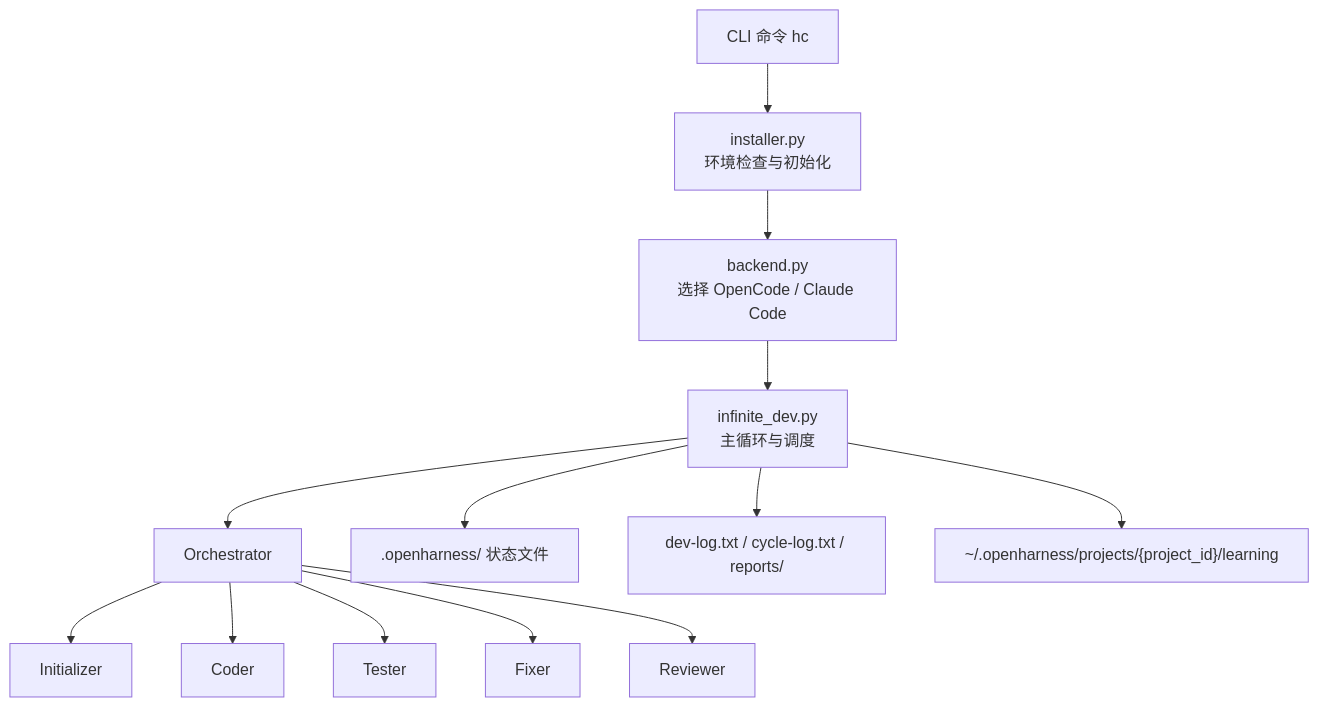
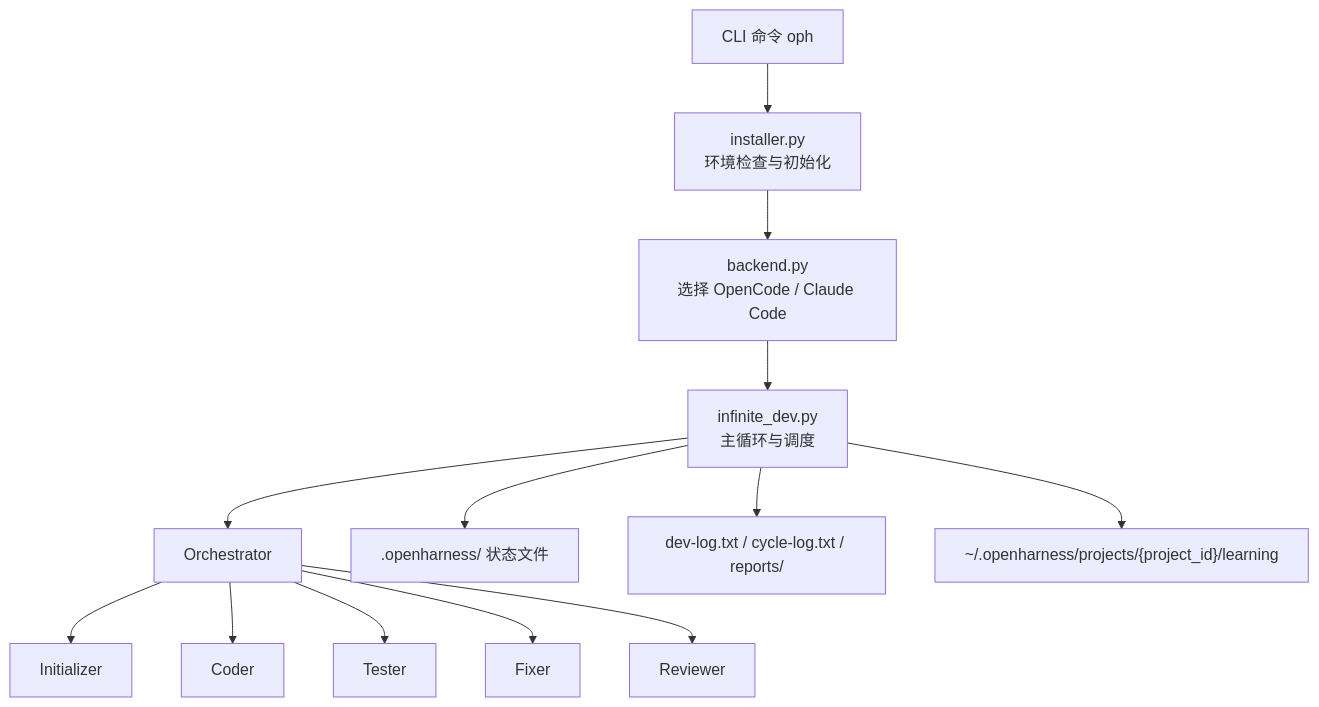
One commit to hahaxiang27/openHarness changed the diagram in docs/harness-backend-architecture-overview.md. Above: the diagram before and after it, drawn with Mermaid. The commit also changed other lines of this file and 11 other files, not shown here.

First line of the commit message:
feat: CLI 重命名为 oph，init 完成横幅与文档同步

````diff
--- a/docs/harness-backend-architecture-overview.md
+++ b/docs/harness-backend-architecture-overview.md
@@ -31,15 +31,15 @@
 ```mermaid
 flowchart TD
-    A[CLI 命令 hc] --> B[installer.py<br/>环境检查与初始化]
+    A[CLI 命令 oph] --> B[installer.py<br/>环境检查与初始化]
     B --> C[backend.py<br/>选择 OpenCode / Claude Code]
     C --> D[infinite_dev.py<br/>主循环与调度]
     D --> E[Orchestrator]
     E --> F[Initializer]
     E --> G[Coder]
     E --> H[Tester]
     E --> I[Fixer]
     E --> J[Reviewer]
     D --> K[".openharness/ 状态文件"]
     D --> L["dev-log.txt / cycle-log.txt / reports/"]
     D --> M["~/.openharness/projects/{project_id}/learning"]
 ```
````
